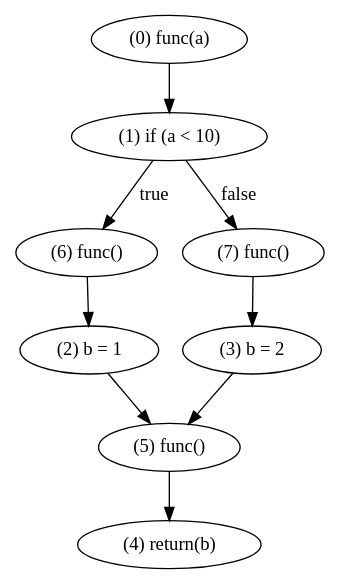
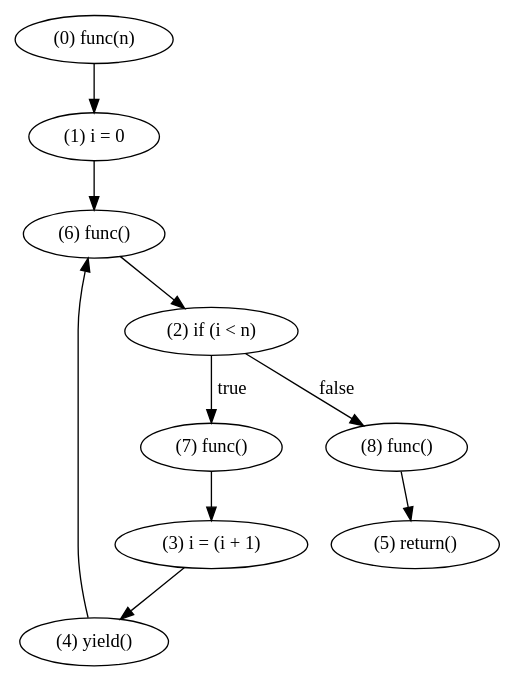
One commit to WorldofKerry/ToHDL changed the diagram in crates/passes/insert_func_nodes.dot. Above: the diagram before and after it, drawn with Graphviz. The commit also changed 5 other files, not shown here.

```diff
--- a/crates/passes/insert_func_nodes.dot
+++ b/crates/passes/insert_func_nodes.dot
@@ -1,18 +1,20 @@
 digraph {
-    0 [ label = "(0) func(a)" ]
-    1 [ label = "(1) if (a < 10)" ]
-    2 [ label = "(2) b = 1" ]
-    3 [ label = "(3) b = 2" ]
-    4 [ label = "(4) return(b)" ]
-    5 [ label = "(5) func()" ]
+    0 [ label = "(0) func(n)" ]
+    1 [ label = "(1) i = 0" ]
+    2 [ label = "(2) if (i < n)" ]
+    3 [ label = "(3) i = (i + 1)" ]
+    4 [ label = "(4) yield()" ]
+    5 [ label = "(5) return()" ]
     6 [ label = "(6) func()" ]
     7 [ label = "(7) func()" ]
+    8 [ label = "(8) func()" ]
     0 -> 1 [ label = "" ]
-    1 -> 7 [ label = "false" ]
-    1 -> 6 [ label = "true" ]
-    2 -> 5 [ label = "" ]
-    3 -> 5 [ label = "" ]
-    5 -> 4 [ label = "" ]
+    1 -> 6 [ label = "" ]
+    2 -> 8 [ label = "false" ]
+    2 -> 7 [ label = "true" ]
+    3 -> 4 [ label = "" ]
+    4 -> 6 [ label = "" ]
     6 -> 2 [ label = "" ]
     7 -> 3 [ label = "" ]
+    8 -> 5 [ label = "" ]
 }
```
